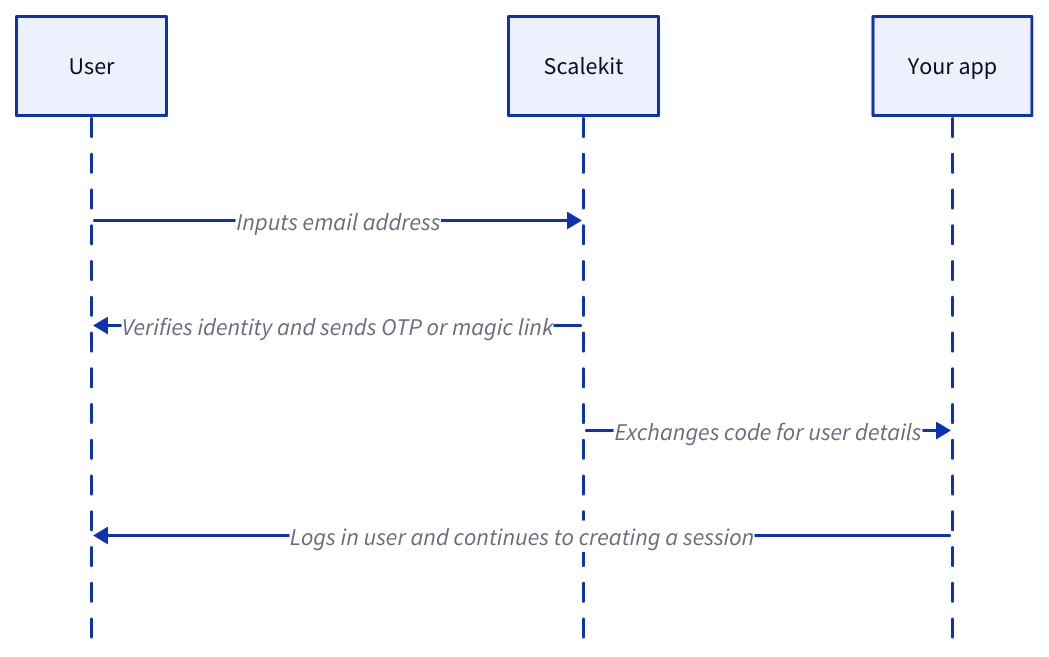
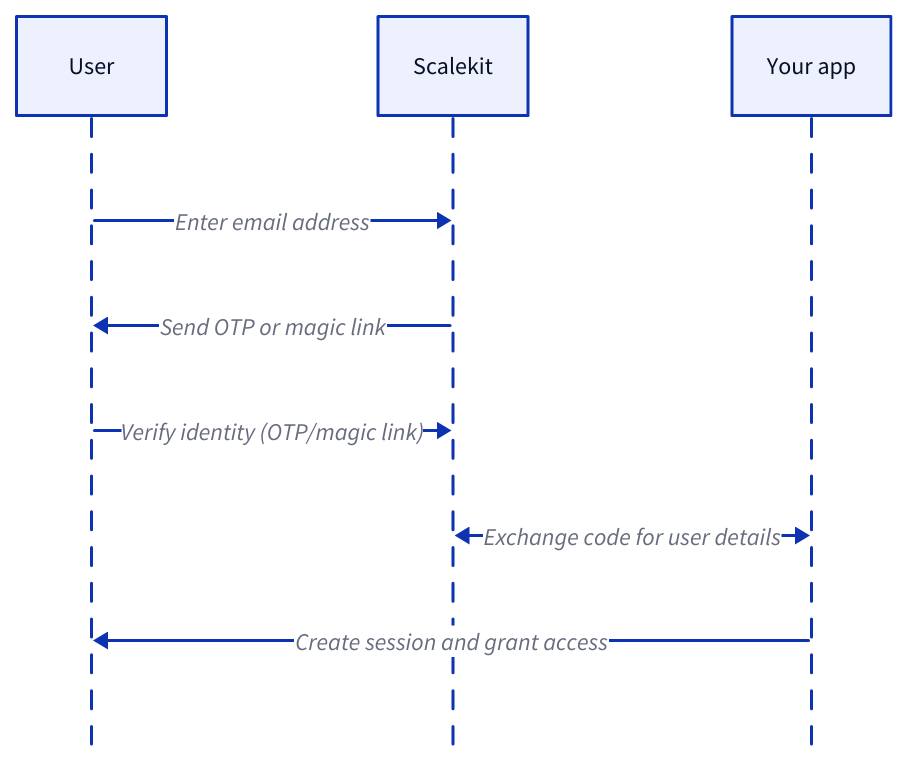
The diagram in src/content/docs/passwordless/oidc.mdx (scalekit-inc/developer-docs), drawn with D2 before and after one commit. The commit also changed 2 other files, not shown here.

Commit message:
docs: add session management flow diagram and enhance session management guide with detailed steps for token storage and verification

````diff
--- a/src/content/docs/passwordless/oidc.mdx
+++ b/src/content/docs/passwordless/oidc.mdx
@@ -40,10 +40,11 @@
 ```d2
 
 shape: sequence_diagram
 
-User -> Scalekit: "Inputs email address"
-Scalekit -> User: "Verifies identity and sends OTP or magic link"
-Scalekit -> Your app: "Exchanges code for user details"
-Your app -> User: "Logs in user and continues to creating a session"
+User -> Scalekit: "Enter email address"
+Scalekit -> User: "Send OTP or magic link"
+User -> Scalekit: "Verify identity (OTP/magic link)"
+Scalekit <> Your app: "Exchange code for user details"
+Your app -> User: "Create session and grant access"
 
 ```
````
